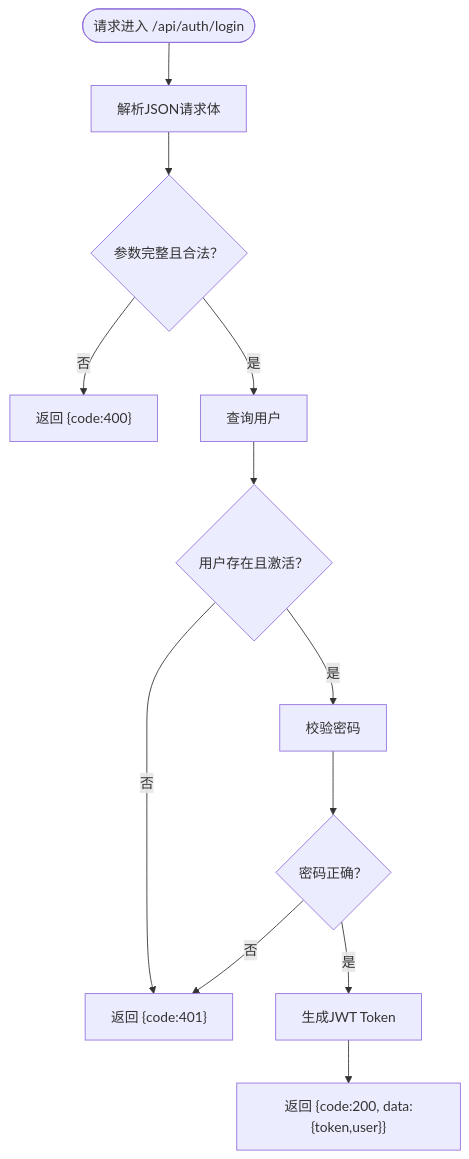
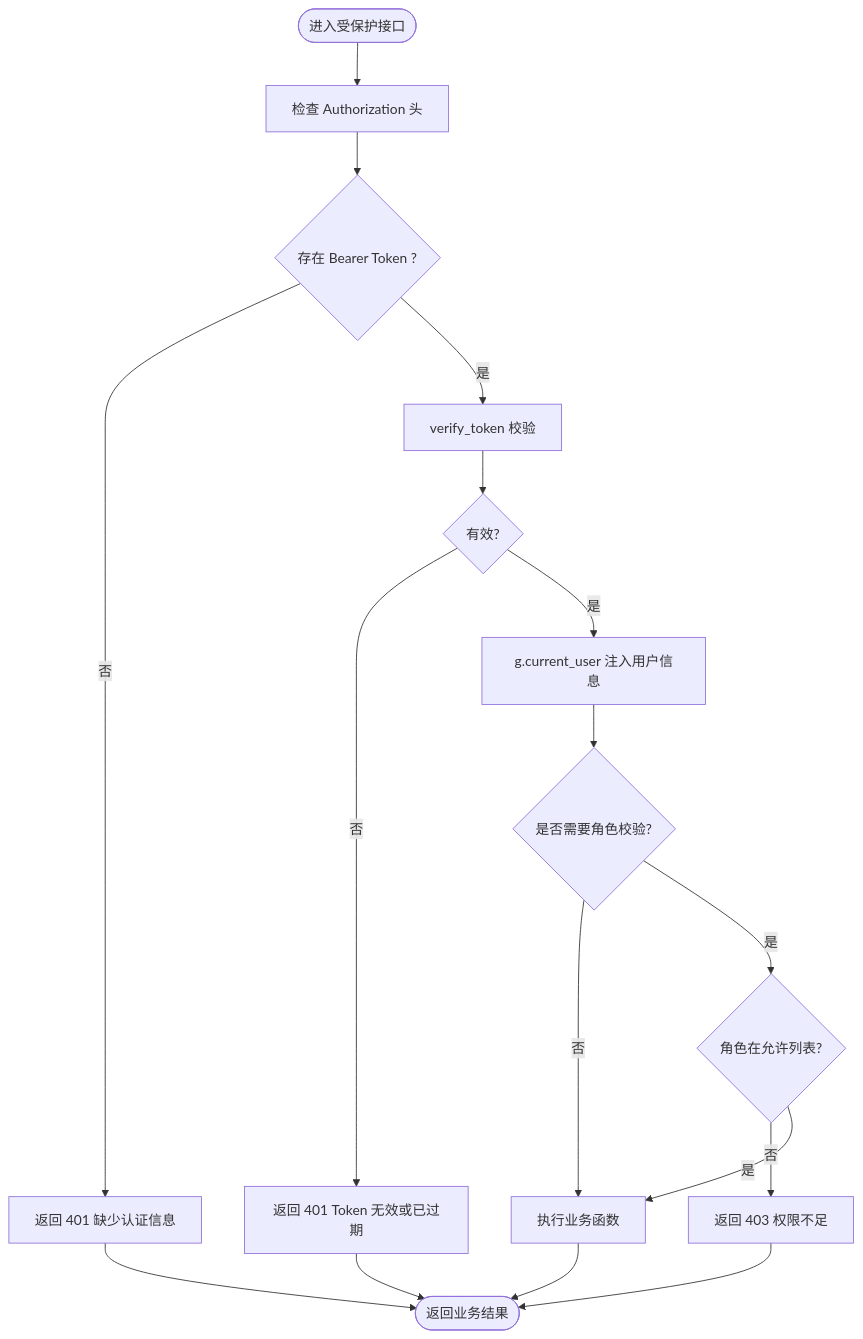
One commit to ismine3/OPS changed the third of 4 diagrams in .qoder/repowiki/zh/content/开发指南/代码规范.md. Above: the diagram before and after it, drawn with Mermaid. The commit also changed other lines of this file and 109 other files, not shown here.

````diff
--- a/.qoder/repowiki/zh/content/开发指南/代码规范.md
+++ b/.qoder/repowiki/zh/content/开发指南/代码规范.md
@@ -144,14 +158,19 @@
 ```mermaid
 flowchart TD
-Start(["请求进入 /api/auth/login"]) --> Parse["解析JSON请求体"]
-Parse --> Validate{"参数完整且合法？"}
-Validate --> |否| Err400["返回 {code:400}"]
-Validate --> |是| FindUser["查询用户"]
-FindUser --> Exists{"用户存在且激活？"}
-Exists --> |否| Err401["返回 {code:401}"]
-Exists --> |是| Verify["校验密码"]
-Verify --> Pass{"密码正确？"}
-Pass --> |否| Err401
-Pass --> |是| Issue["生成JWT Token"]
-Issue --> Ok["返回 {code:200, data:{token,user}}"]
+Start(["进入受保护接口"]) --> CheckAuth["检查 Authorization 头"]
+CheckAuth --> HasToken{"存在 Bearer Token ?"}
+HasToken --> |否| Err401a["返回 401 缺少认证信息"]
+HasToken --> |是| Verify["verify_token 校验"]
+Verify --> Valid{"有效?"}
+Valid --> |否| Err401b["返回 401 Token 无效或已过期"]
+Valid --> |是| Inject["g.current_user 注入用户信息"]
+Inject --> RoleCheck{"是否需要角色校验?"}
+RoleCheck --> |否| Next["执行业务函数"]
+RoleCheck --> |是| RoleOK{"角色在允许列表?"}
+RoleOK --> |否| Err403["返回 403 权限不足"]
+RoleOK --> |是| Next
+Next --> End(["返回业务结果"])
+Err401a --> End
+Err401b --> End
+Err403 --> End
 ```
````
